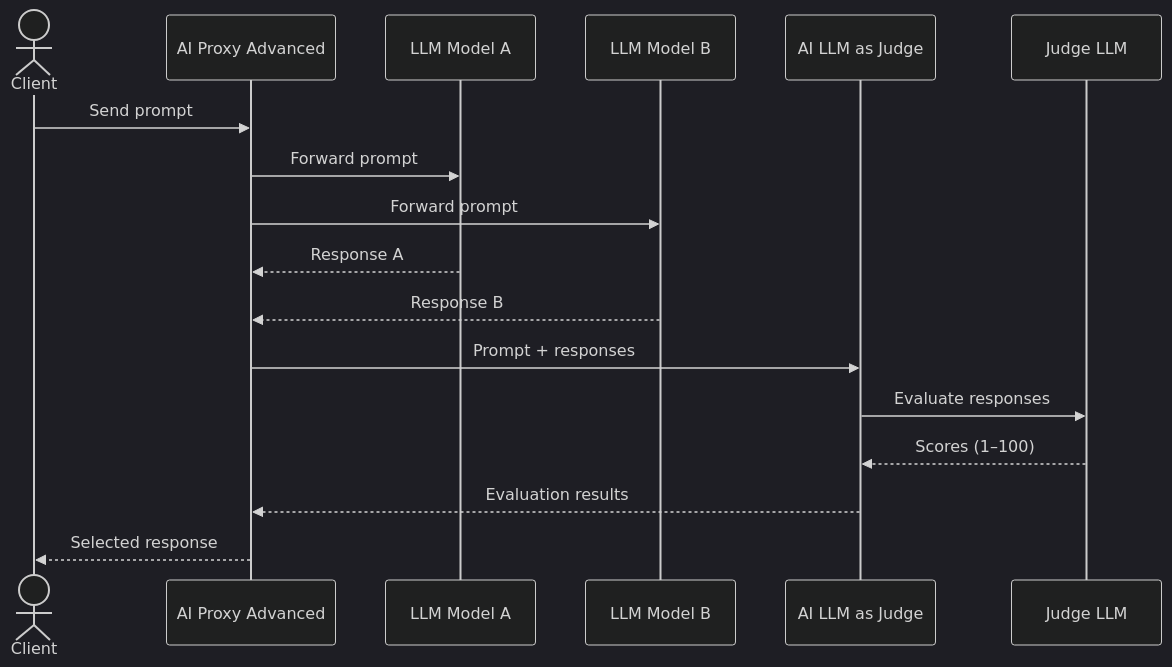
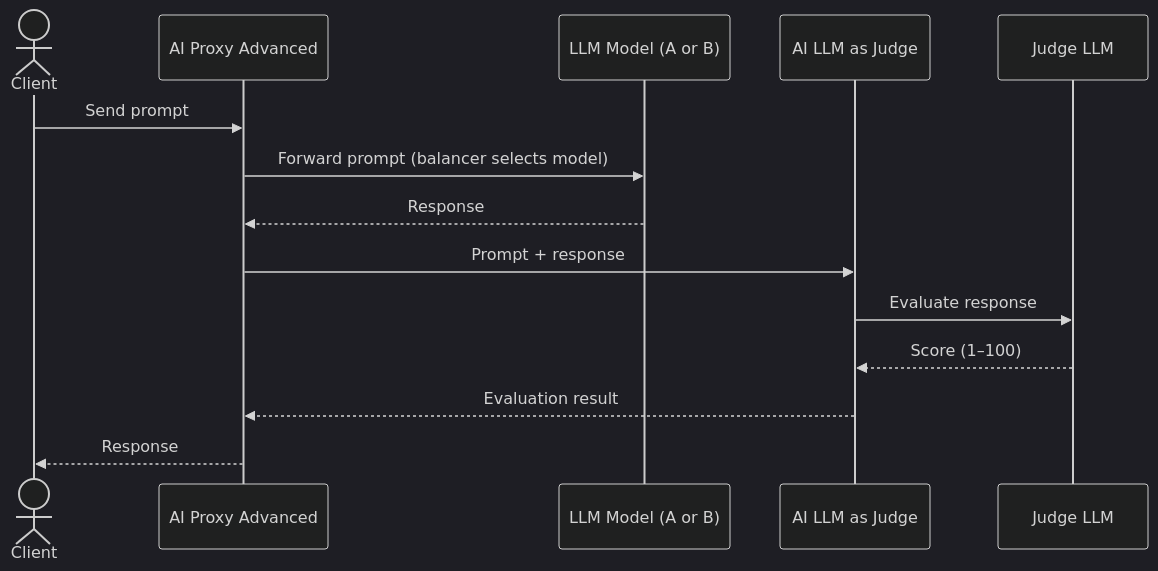
The diagram in app/_kong_plugins/ai-llm-as-judge/index.md (Kong/developer.konghq.com), drawn with Mermaid (dark theme) before and after one commit.

Commit message:
Simplify mermaid

```diff
--- a/app/_kong_plugins/ai-llm-as-judge/index.md
+++ b/app/_kong_plugins/ai-llm-as-judge/index.md
@@ -83,21 +83,17 @@
 {% mermaid %}
-
 sequenceDiagram
     actor Client
     participant AIP as AI Proxy Advanced
-    participant LLM_A as LLM Model A
-    participant LLM_B as LLM Model B
+    participant LLM as LLM Model (A or B)
     participant Judge as AI LLM as Judge
     participant JudgeLLM as Judge LLM
 
     Client->>AIP: Send prompt
-    AIP->>LLM_A: Forward prompt
-    AIP->>LLM_B: Forward prompt
-    LLM_A-->>AIP: Response A
-    LLM_B-->>AIP: Response B
-    AIP->>Judge: Prompt + responses
-    Judge->>JudgeLLM: Evaluate responses
-    JudgeLLM-->>Judge: Scores (1–100)
-    Judge-->>AIP: Evaluation results
-    AIP-->>Client: Selected response
+    AIP->>LLM: Forward prompt (balancer selects model)
+    LLM-->>AIP: Response
+    AIP->>Judge: Prompt + response
+    Judge->>JudgeLLM: Evaluate response
+    JudgeLLM-->>Judge: Score (1–100)
+    Judge-->>AIP: Evaluation result
+    AIP-->>Client: Response
 {% endmermaid %}
```
